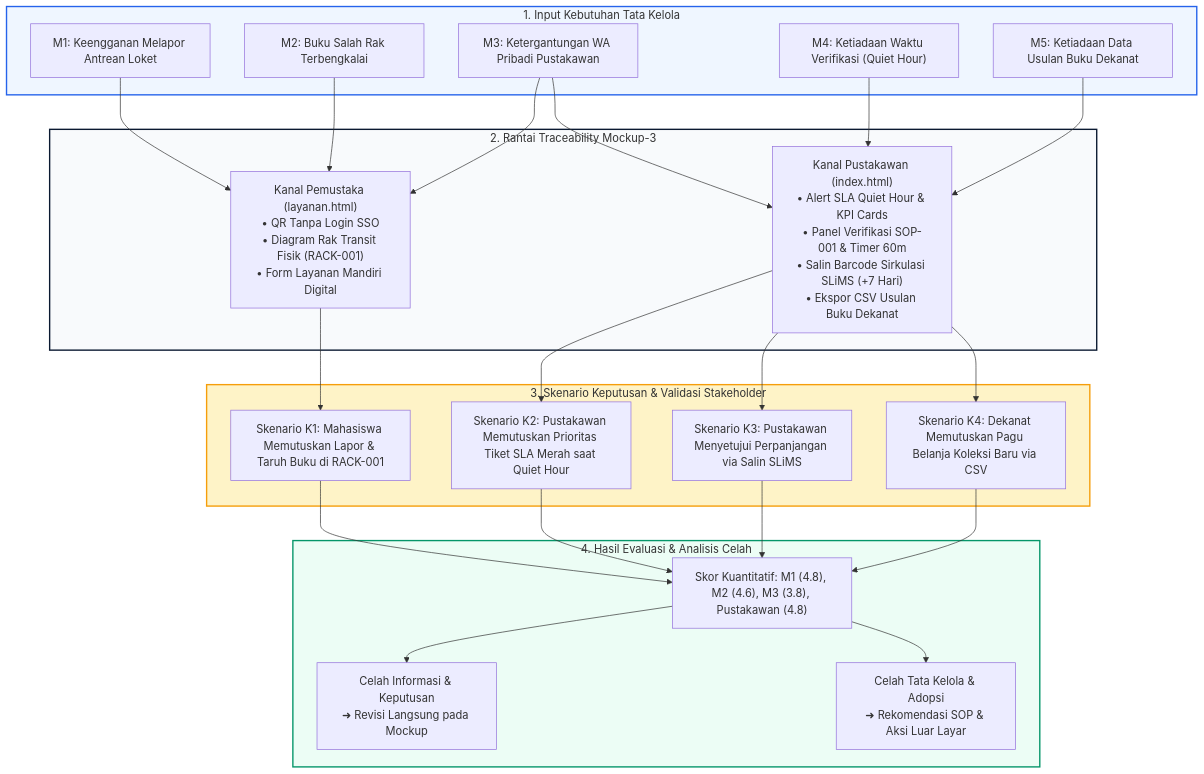
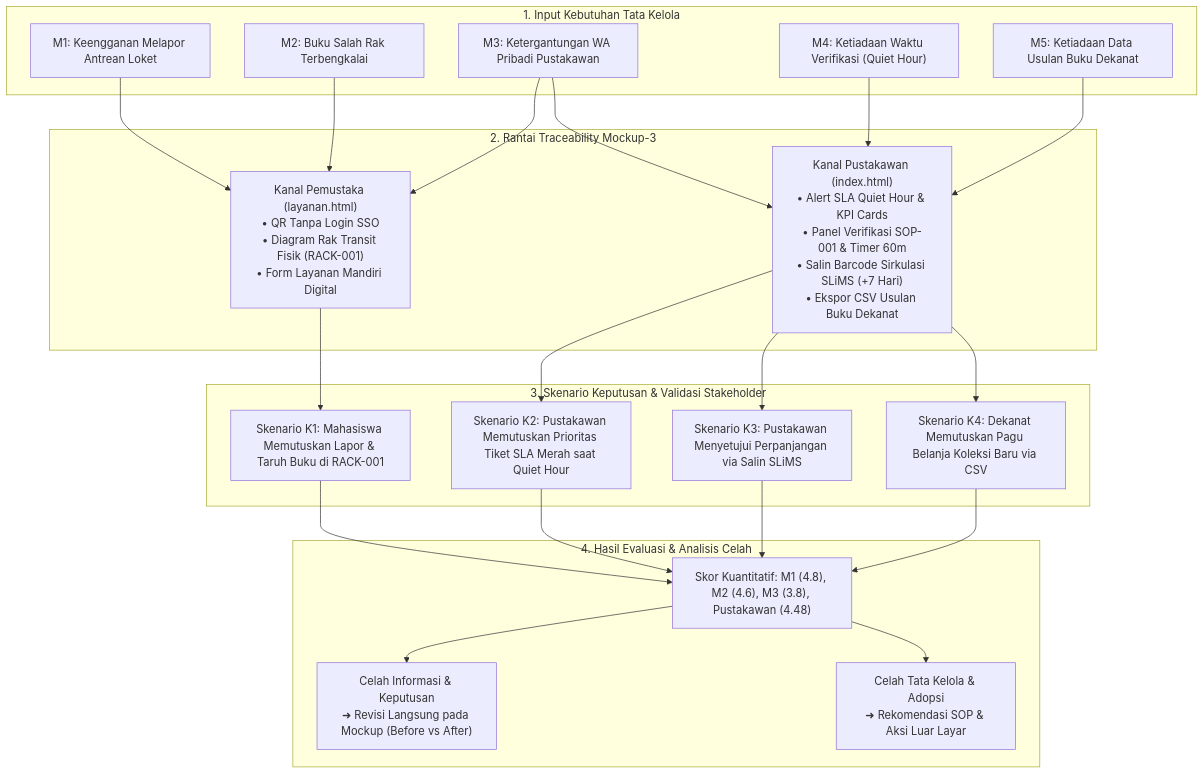
One commit to Ganyo404/PMSI changed the diagram in 02_LAPORAN/Praktikum_10_Kelompok3.md. Above: the diagram before and after it, drawn with Mermaid. The commit also changed other lines of this file and 3 other files, not shown here.

Commit message:
feat(laporan-10): update kuisioner 7 responden, triangulasi pustakawan, dan komparasi before-after

````diff
--- a/02_LAPORAN/Praktikum_10_Kelompok3.md
+++ b/02_LAPORAN/Praktikum_10_Kelompok3.md
@@ -103,43 +106,38 @@
 ```mermaid
 flowchart TD
     subgraph INPUT["1. Input Kebutuhan Tata Kelola"]
         M1["M1: Keengganan Melapor Antrean Loket"]
         M2["M2: Buku Salah Rak Terbengkalai"]
         M3["M3: Ketergantungan WA Pribadi Pustakawan"]
         M4["M4: Ketiadaan Waktu Verifikasi (Quiet Hour)"]
         M5["M5: Ketiadaan Data Usulan Buku Dekanat"]
     end
 
     subgraph ARTEFAK["2. Rantai Traceability Mockup-3"]
         P1["Kanal Pemustaka (layanan.html)<br>• QR Tanpa Login SSO<br>• Diagram Rak Transit Fisik (RACK-001)<br>• Form Layanan Mandiri Digital"]
         P2["Kanal Pustakawan (index.html)<br>• Alert SLA Quiet Hour & KPI Cards<br>• Panel Verifikasi SOP-001 & Timer 60m<br>• Salin Barcode Sirkulasi SLiMS (+7 Hari)<br>• Ekspor CSV Usulan Buku Dekanat"]
     end
 
     subgraph PENGUJIAN["3. Skenario Keputusan & Validasi Stakeholder"]
         K1["Skenario K1: Mahasiswa Memutuskan Lapor & Taruh Buku di RACK-001"]
         K2["Skenario K2: Pustakawan Memutuskan Prioritas Tiket SLA Merah saat Quiet Hour"]
         K3["Skenario K3: Pustakawan Menyetujui Perpanjangan via Salin SLiMS"]
         K4["Skenario K4: Dekanat Memutuskan Pagu Belanja Koleksi Baru via CSV"]
     end
 
     subgraph EVALUASI["4. Hasil Evaluasi & Analisis Celah"]
-        RES["Skor Kuantitatif: M1 (4.8), M2 (4.6), M3 (3.8), Pustakawan (4.8)"]
-        GAP1["Celah Informasi & Keputusan<br>➜ Revisi Langsung pada Mockup"]
+        RES["Skor Kuantitatif: M1 (4.8), M2 (4.6), M3 (3.8), Pustakawan (4.48)"]
+        GAP1["Celah Informasi & Keputusan<br>➜ Revisi Langsung pada Mockup (Before vs After)"]
         GAP2["Celah Tata Kelola & Adopsi<br>➜ Rekomendasi SOP & Aksi Luar Layar"]
     end
 
     M1 & M2 --> P1
     M3 --> P1 & P2
     M4 & M5 --> P2
 
     P1 --> K1
     P2 --> K2 & K3 & K4
 
     K1 & K2 & K3 & K4 --> RES
     RES --> GAP1 & GAP2
-
-    style INPUT fill:#eff6ff,stroke:#2563eb,stroke-width:2px
-    style ARTEFAK fill:#f8fafc,stroke:#0a1931,stroke-width:2px
-    style PENGUJIAN fill:#fef3c7,stroke:#f59e0b,stroke-width:2px
-    style EVALUASI fill:#ecfdf5,stroke:#059669,stroke-width:2px
 ```
````
